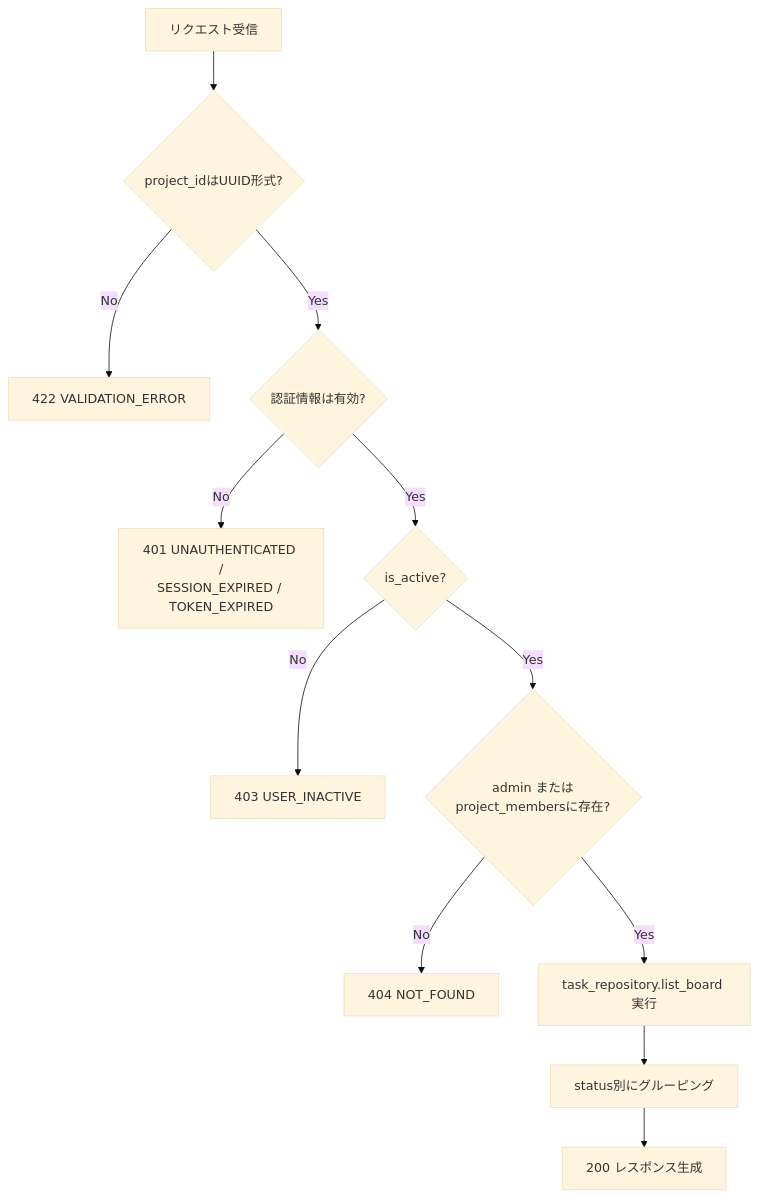
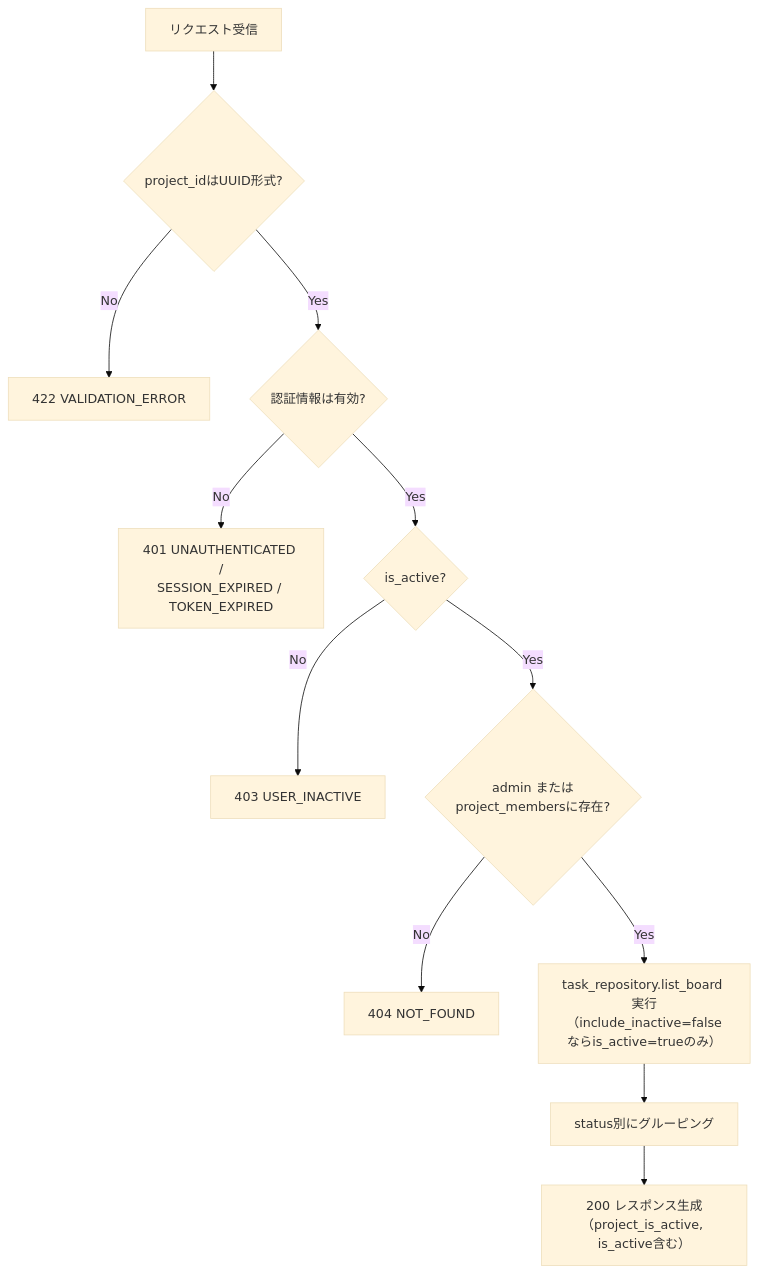
The second of 4 diagrams in detailed_design/api/tasks/01_get_project_tasks.md (oikawa-d/task_management), drawn with Mermaid (base theme) before and after one commit. The commit also changed other lines of this file and 25 other files, not shown here.

````diff
--- a/detailed_design/api/tasks/01_get_project_tasks.md
+++ b/detailed_design/api/tasks/01_get_project_tasks.md
@@ -144,14 +156,14 @@
 ```mermaid
 flowchart TB
     A["リクエスト受信"] --> B{"project_idはUUID形式?"}
     B -->|"No"| E422["422 VALIDATION_ERROR"]
     B -->|"Yes"| C{"認証情報は有効?"}
     C -->|"No"| E401["401 UNAUTHENTICATED /<br/>SESSION_EXPIRED / TOKEN_EXPIRED"]
     C -->|"Yes"| D{"is_active?"}
     D -->|"No"| E403["403 USER_INACTIVE"]
     D -->|"Yes"| F{"admin または<br/>project_membersに存在?"}
     F -->|"No"| E404["404 NOT_FOUND"]
-    F -->|"Yes"| G["task_repository.list_board 実行"]
+    F -->|"Yes"| G["task_repository.list_board 実行<br/>（include_inactive=falseならis_active=trueのみ）"]
     G --> H["status別にグルーピング"]
-    H --> I["200 レスポンス生成"]
+    H --> I["200 レスポンス生成<br/>（project_is_active, is_active含む）"]
 ```
````
